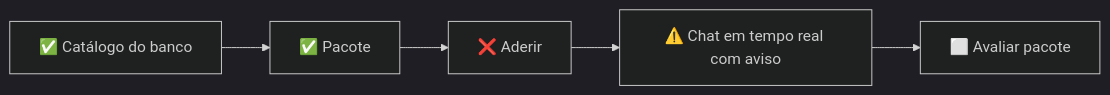
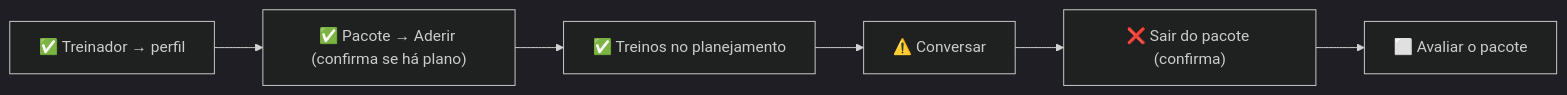
The sixth of 9 diagrams in audit/analysis.md (willians-e-silva/treina), drawn with Mermaid (dark theme) before and after one commit. The commit also changed other lines of this file and 14 other files, not shown here.

````diff
--- a/audit/analysis.md
+++ b/audit/analysis.md
@@ -2136,12 +2225,14 @@
 ```mermaid
 flowchart LR
-  s0["✅ Catálogo do banco"]
-  s1["✅ Pacote"]
+  s0["✅ Treinador → perfil"]
+  s1["✅ Pacote → Aderir (confirma se há plano)"]
   s0 --> s1
-  s2["❌ Aderir"]
+  s2["✅ Treinos no planejamento"]
   s1 --> s2
-  s3["⚠️ Chat em tempo real com aviso"]
+  s3["⚠️ Conversar"]
   s2 --> s3
-  s4["⬜ Avaliar pacote"]
+  s4["❌ Sair do pacote (confirma)"]
   s3 --> s4
+  s5["⬜ Avaliar o pacote"]
+  s4 --> s5
 ```
````
